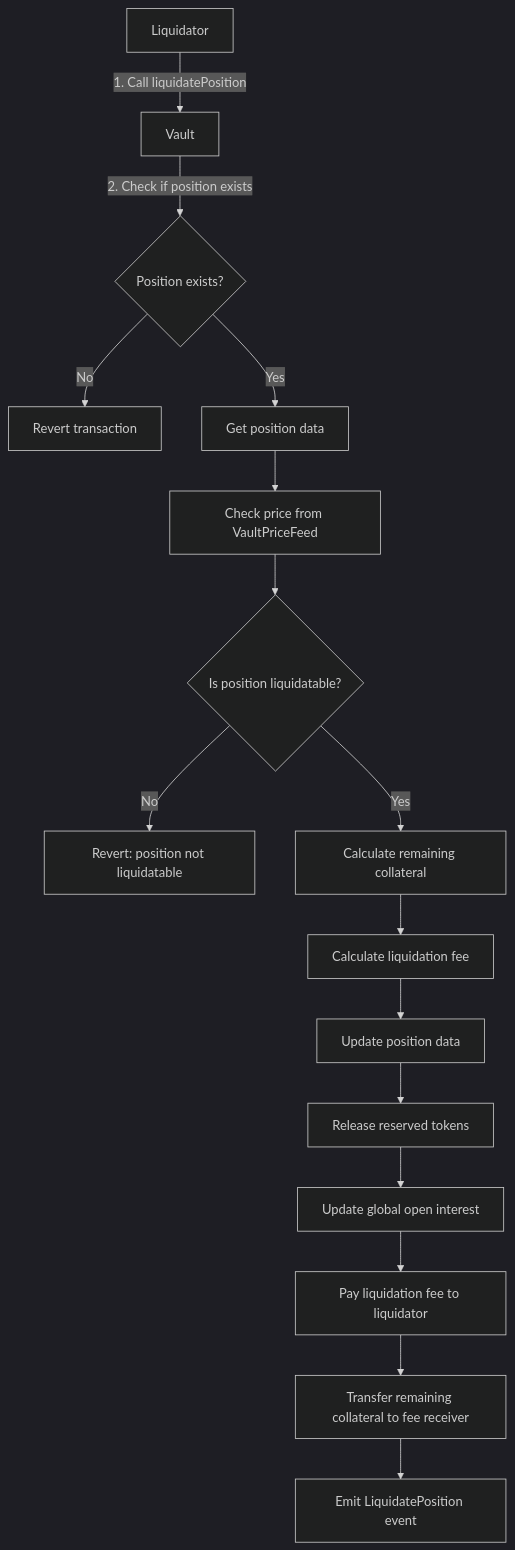
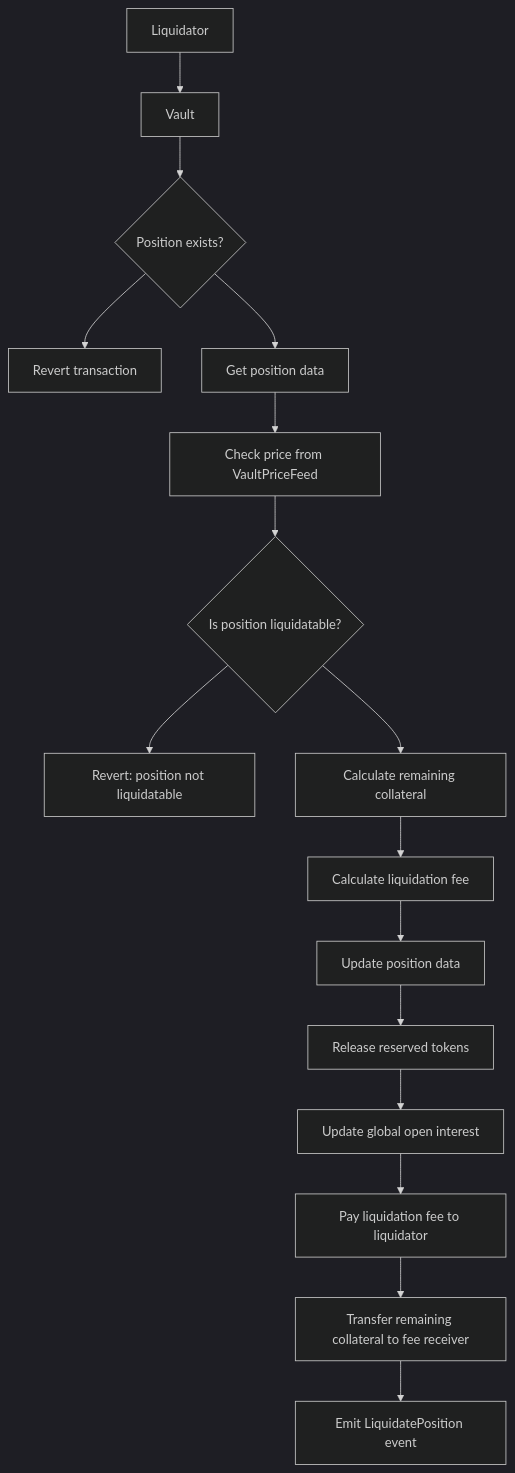
The third of 3 diagrams in contracts/vault.mdx (cinojosa0705/documentation), drawn with Mermaid (dark theme) before and after one commit. The commit also changed other lines of this file, not shown here.

Commit message:
fix flow charts

````diff
--- a/contracts/vault.mdx
+++ b/contracts/vault.mdx
@@ -320,18 +352,18 @@
 ```mermaid
-flowchart TD
-    A[Liquidator] -->|1. Call liquidatePosition| B[Vault]
-    B -->|2. Check if position exists| C{Position exists?}
-    C -->|No| D[Revert transaction]
-    C -->|Yes| E[Get position data]
-    E --> F[Check price from VaultPriceFeed]
-    F --> G{Is position liquidatable?}
-    G -->|No| H[Revert: position not liquidatable]
-    G -->|Yes| I[Calculate remaining collateral]
-    I --> J[Calculate liquidation fee]
-    J --> K[Update position data]
-    K --> L[Release reserved tokens]
-    L --> M[Update global open interest]
-    M --> N[Pay liquidation fee to liquidator]
-    N --> O[Transfer remaining collateral to fee receiver]
-    O --> P[Emit LiquidatePosition event]
+graph TD
+    Liquidator["Liquidator"] --> Vault["Vault"]
+    Vault --> Exists{"Position exists?"}
+    Exists --> Revert["Revert transaction"]
+    Exists --> GetData["Get position data"]
+    GetData --> CheckPrice["Check price from VaultPriceFeed"]
+    CheckPrice --> Liquidatable{"Is position liquidatable?"}
+    Liquidatable --> RevertLiq["Revert: position not liquidatable"]
+    Liquidatable --> CalcCollateral["Calculate remaining collateral"]
+    CalcCollateral --> CalcFee["Calculate liquidation fee"]
+    CalcFee --> UpdatePos["Update position data"]
+    UpdatePos --> Release["Release reserved tokens"]
+    Release --> UpdateOI["Update global open interest"]
+    UpdateOI --> PayFee["Pay liquidation fee to liquidator"]
+    PayFee --> TransferRemaining["Transfer remaining collateral to fee receiver"]
+    TransferRemaining --> EmitEvent["Emit LiquidatePosition event"]
 ```
````
